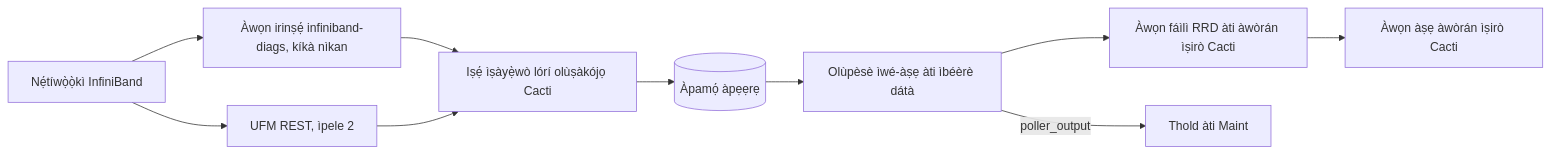
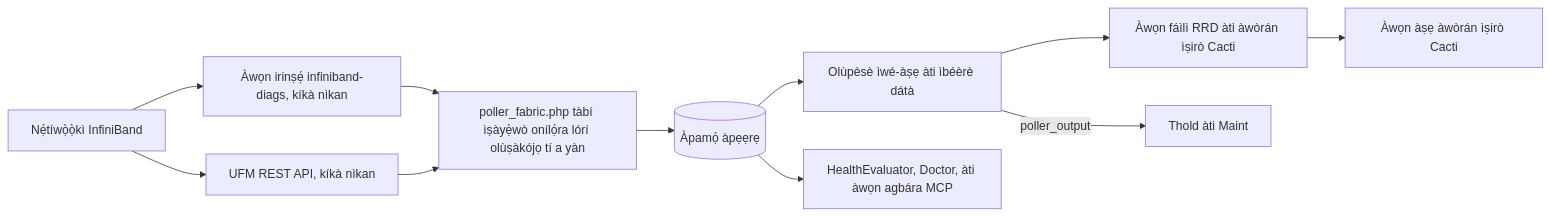
The diagram in docs/i18n/yo-NG/README.md (somethingwithproof/plugin_fabric), drawn with Mermaid before and after one commit. The commit also changed other lines of this file and 48 other files, not shown here.

````diff
--- a/docs/i18n/yo-NG/README.md
+++ b/docs/i18n/yo-NG/README.md
@@ -102,12 +132,13 @@
 ```mermaid
 flowchart LR
     F[Nẹ́tíwọ̀ọ̀kì InfiniBand] --> T[Àwọn irinṣẹ́ infiniband-diags, kíkà nìkan]
-    F --> U[UFM REST, ìpele 2]
-    T --> S[Iṣẹ́ ìṣàyẹ̀wò lórí olùṣàkójọ Cacti]
+    F --> U[UFM REST API, kíkà nìkan]
+    T --> S[poller_fabric.php tàbí ìṣàyẹ̀wò onílọ́ra lórí olùṣàkójọ tí a yàn]
     U --> S
     S --> C[(Àpamọ́ àpẹẹrẹ)]
     C --> SS[Olùpèsè ìwé-àṣẹ àti ìbéèrè dátà]
     SS --> R[Àwọn fáìlì RRD àti àwòrán ìṣirò Cacti]
     SS -->|poller_output| TH[Thold àti Maint]
+    C --> H[HealthEvaluator, Doctor, àti àwọn agbára MCP]
     R --> P[Àwọn àṣẹ àwòrán ìṣirò Cacti]
 ```
````
